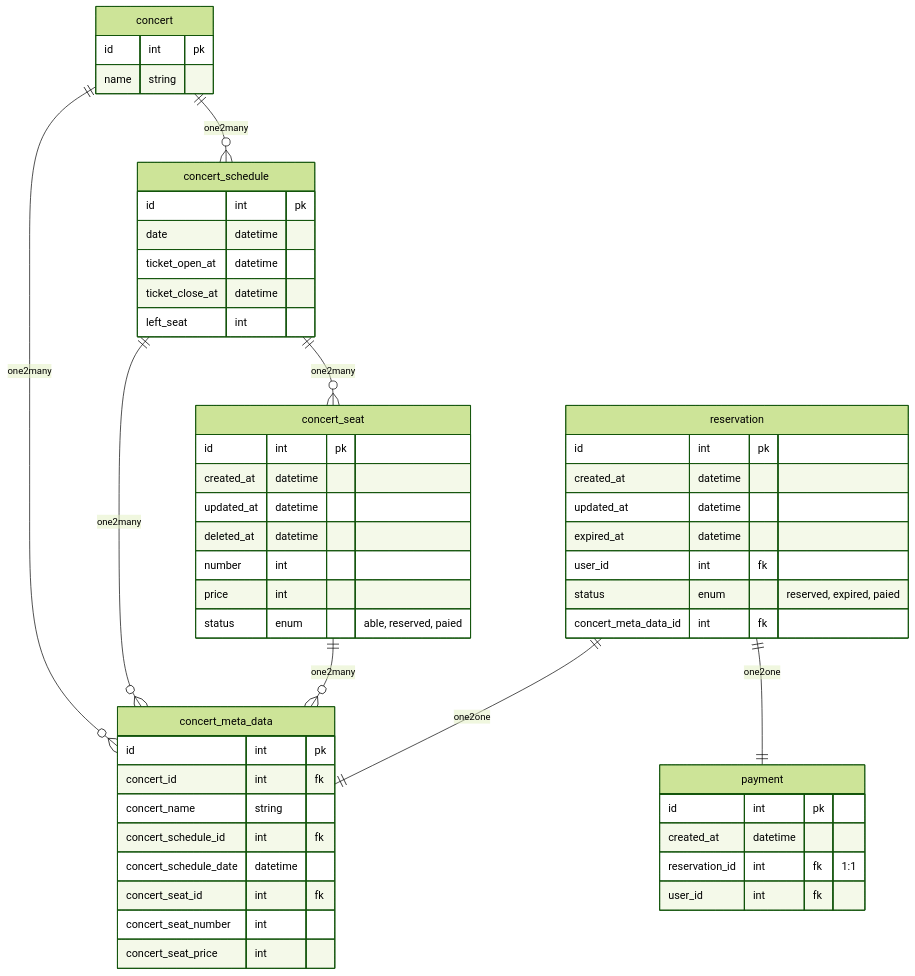
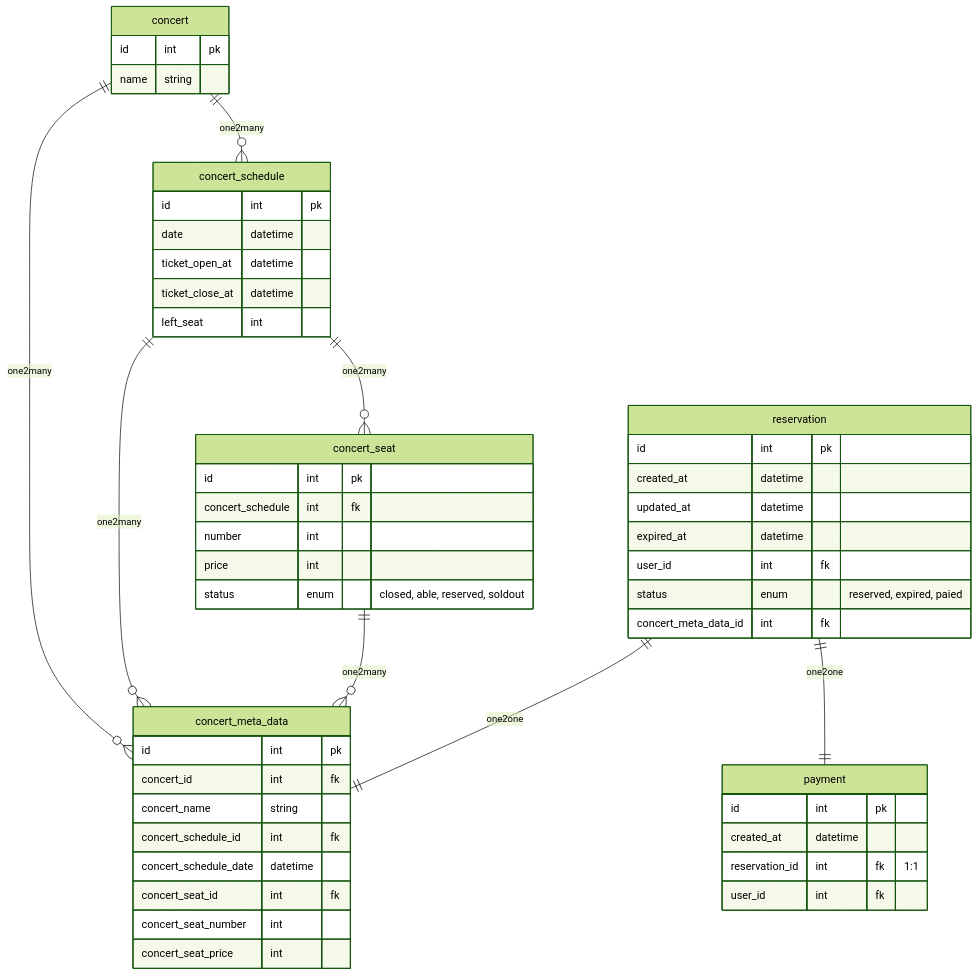
Before and after one commit to Ksanbal/Concert-Reservation-API: diagram 13 of 13 in README.md, drawn with Mermaid (forest theme). The commit also changed other lines of this file and 31 other files, not shown here.

````diff
--- a/README.md
+++ b/README.md
@@ -291,72 +291,69 @@
 ```mermaid
 erDiagram
 
 concert {
   id int pk
 
   name string
 }
 concert ||--o{ concert_schedule: one2many
 
 concert_schedule {
   id int pk
 
   date datetime
   ticket_open_at datetime
   ticket_close_at datetime
 
   left_seat int
 }
 concert_schedule ||--o{ concert_seat: one2many
 
 concert_seat {
   id int pk
-  created_at datetime
-  updated_at datetime
-  deleted_at datetime
-
+  concert_schedule int fk
   number int
   price int
-  status enum "able, reserved, paied"
+  status enum "closed, able, reserved, soldout"
 }
 
 concert_meta_data {
   id int pk
 
   concert_id int fk
   concert_name string
 
   concert_schedule_id int fk
   concert_schedule_date datetime
 
   concert_seat_id int fk
   concert_seat_number int
   concert_seat_price int
 }
 concert ||--o{ concert_meta_data: one2many
 concert_schedule ||--o{ concert_meta_data: one2many
 concert_seat ||--o{ concert_meta_data: one2many
 
 reservation {
   id int pk
   created_at datetime
   updated_at datetime
   expired_at datetime
 
   user_id int fk
   status enum "reserved, expired, paied"
 
   concert_meta_data_id int fk
 }
 reservation ||--|| concert_meta_data: one2one
 
 payment {
   id int pk
   created_at datetime
 
   reservation_id int fk "1:1"
 
   user_id int fk
 }
 reservation ||--|| payment: one2one
 ```
````
